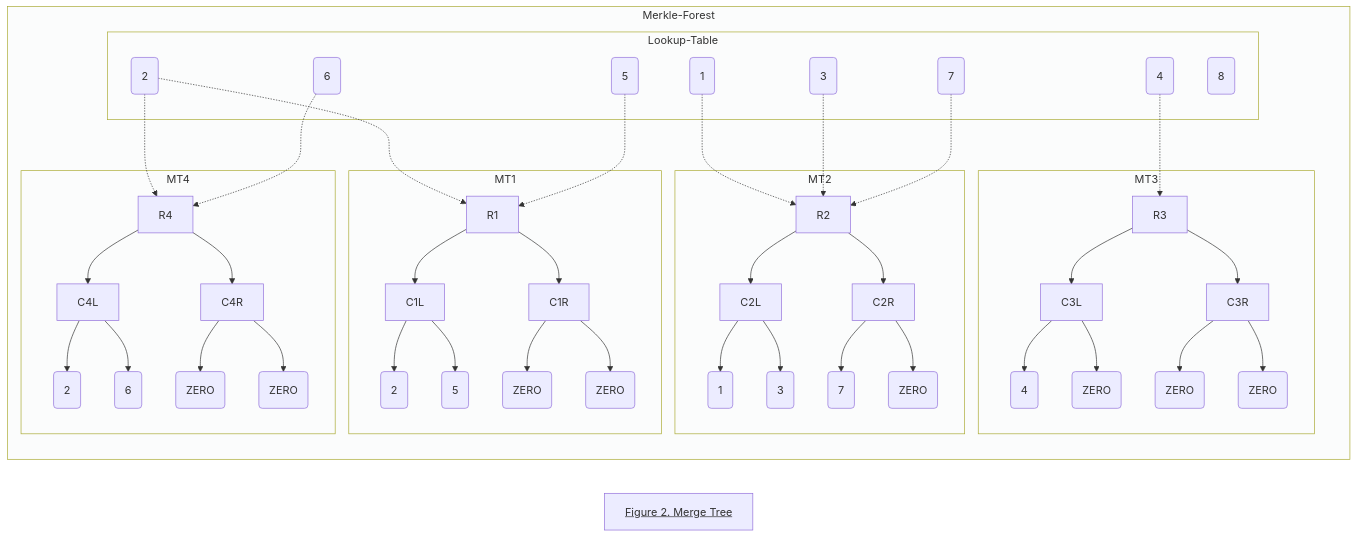
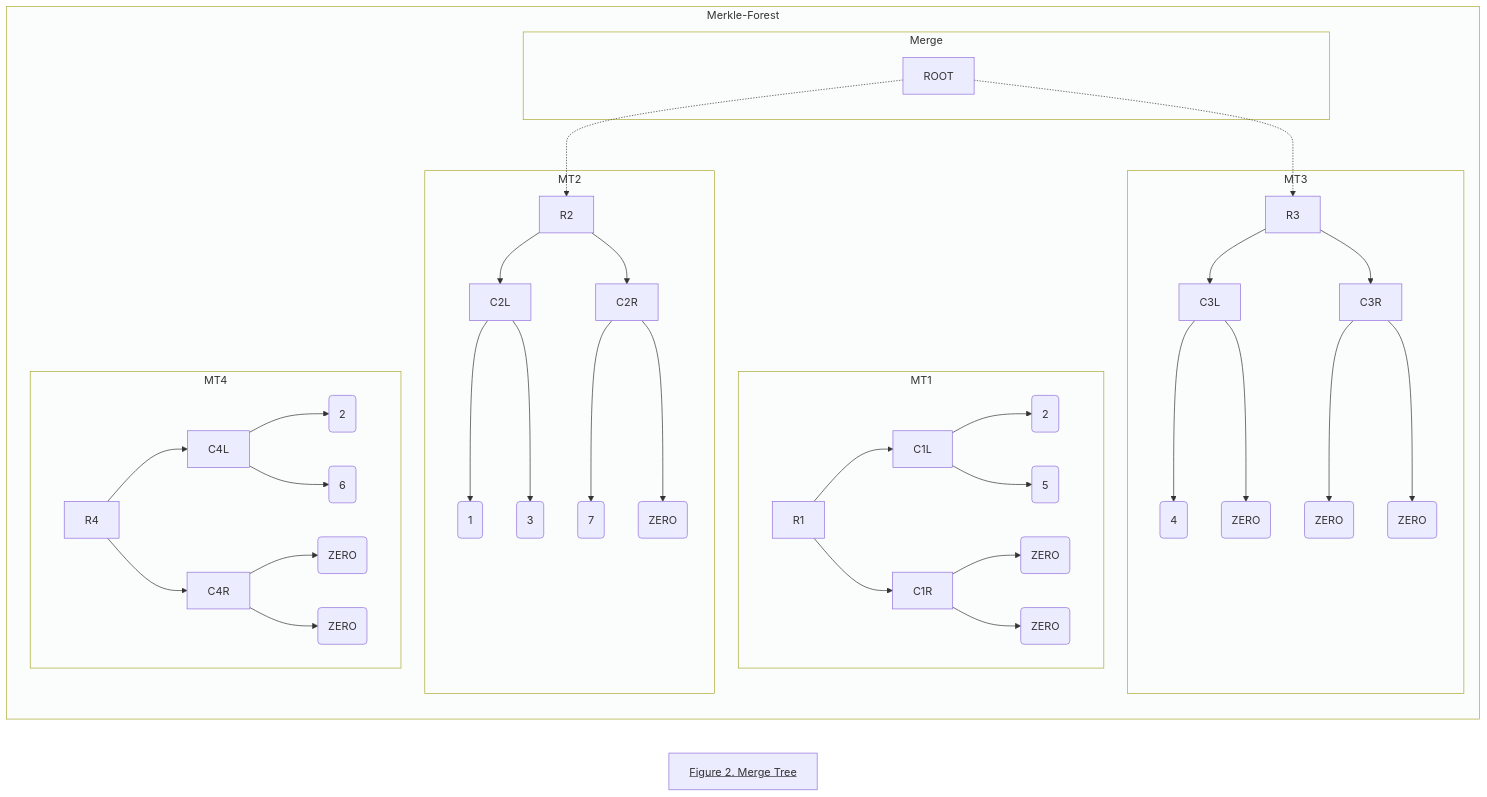
Before and after one commit to Poseidon-ZKP/merkle-forest: the second of 2 diagrams in README.md, drawn with Mermaid. The commit also changed other lines of this file, not shown here.

Commit message:
refine pic

````diff
--- a/README.md
+++ b/README.md
@@ -86,53 +86,43 @@
 ```mermaid
     flowchart LR;
         title[<u>Figure 2. Merge Tree </u>]
         style Merkle-Forest fill:#FBFCFC
-        style Lookup-Table fill:#FBFCFC
+        style Merge fill:#FBFCFC
         style MT1 fill:#FBFCFC
         style MT2 fill:#FBFCFC
         style MT3 fill:#FBFCFC
         style MT4 fill:#FBFCFC
 
         subgraph Merkle-Forest
-            subgraph Lookup-Table
-                LT1(1)
-                LT2(2)
-                LT3(3)
-                LT4(4)
-                LT5(5)
-                LT6(6)
-                LT7(7)
-                LT8(8)
+            subgraph Merge
+                ROOT
             end
-            LT2 & LT5 -.-> R1;
-            LT1 & LT3 & LT7 -.-> R2;
-            LT4 -.-> R3;
-            LT2 & LT6 -.-> R4;
+            ROOT -.-> R2 & R3;
 
             subgraph MT1
                 R1 --> C1L & C1R;
                 C1L-->1LL(2) & 1LR(5)
                 C1R-->1RL(ZERO) & 1RR(ZERO)
             end
 
             subgraph MT2
                 R2 --> C2L & C2R;
                 C2L-->2LL(1) & 2LR(3)
                 C2R-->2RL(7) & 2RR(ZERO)
             end
 
             subgraph MT3
                 R3 --> C3L & C3R;
                 C3L-->3LL(4) & 3LR(ZERO)
                 C3R-->3RL(ZERO) & 3RR(ZERO)
             end
 
             subgraph MT4
                 R4 --> C4L & C4R;
                 C4L-->4LL(2) & 4LR(6)
                 C4R-->4RL(ZERO) & 4RR(ZERO)
             end
 
         end
 
 ```
````
